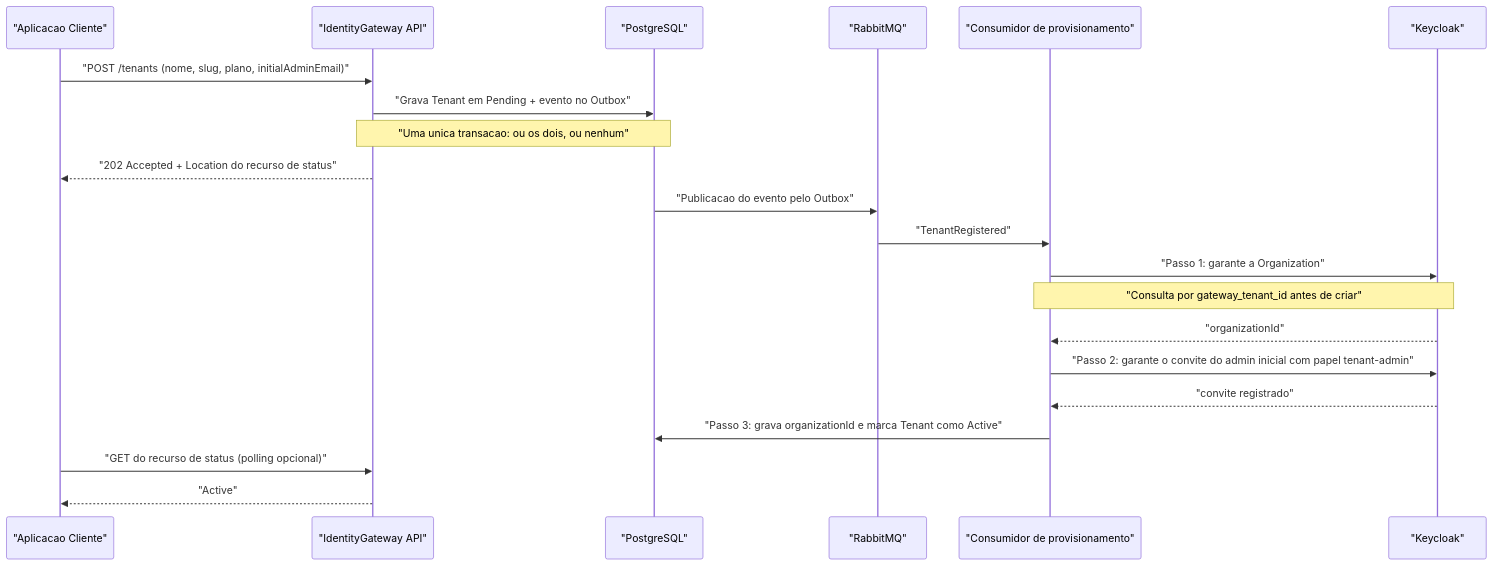
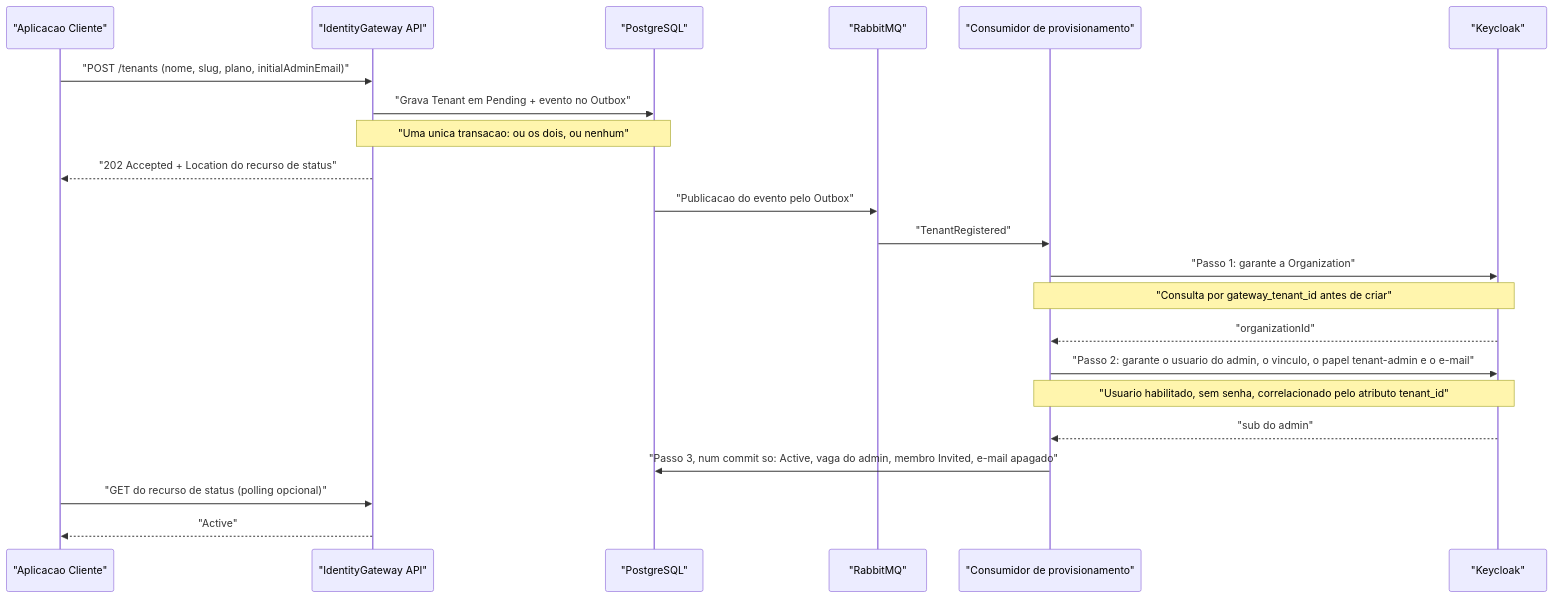
Before and after one commit to Joseleno/identity-gateway: the sixth of 16 diagrams in docs/documentacao-negocio.md, drawn with Mermaid. The commit also changed other lines of this file and 4 other files, not shown here.

````diff
--- a/docs/documentacao-negocio.md
+++ b/docs/documentacao-negocio.md
@@ -1434,24 +1448,25 @@
 ```mermaid
 sequenceDiagram
     participant APP as "Aplicacao Cliente"
     participant GW as "IdentityGateway API"
     participant PG as "PostgreSQL"
     participant MQ as "RabbitMQ"
     participant CONS as "Consumidor de provisionamento"
     participant KC as "Keycloak"
 
     APP->>GW: "POST /tenants (nome, slug, plano, initialAdminEmail)"
     GW->>PG: "Grava Tenant em Pending + evento no Outbox"
     Note over GW,PG: "Uma unica transacao: ou os dois, ou nenhum"
     GW-->>APP: "202 Accepted + Location do recurso de status"
     PG->>MQ: "Publicacao do evento pelo Outbox"
     MQ->>CONS: "TenantRegistered"
     CONS->>KC: "Passo 1: garante a Organization"
     Note over CONS,KC: "Consulta por gateway_tenant_id antes de criar"
     KC-->>CONS: "organizationId"
-    CONS->>KC: "Passo 2: garante o convite do admin inicial com papel tenant-admin"
-    KC-->>CONS: "convite registrado"
-    CONS->>PG: "Passo 3: grava organizationId e marca Tenant como Active"
+    CONS->>KC: "Passo 2: garante o usuario do admin, o vinculo, o papel tenant-admin e o e-mail"
+    Note over CONS,KC: "Usuario habilitado, sem senha, correlacionado pelo atributo tenant_id"
+    KC-->>CONS: "sub do admin"
+    CONS->>PG: "Passo 3, num commit so: Active, vaga do admin, membro Invited, e-mail apagado"
     APP->>GW: "GET do recurso de status (polling opcional)"
     GW-->>APP: "Active"
 ```
````
